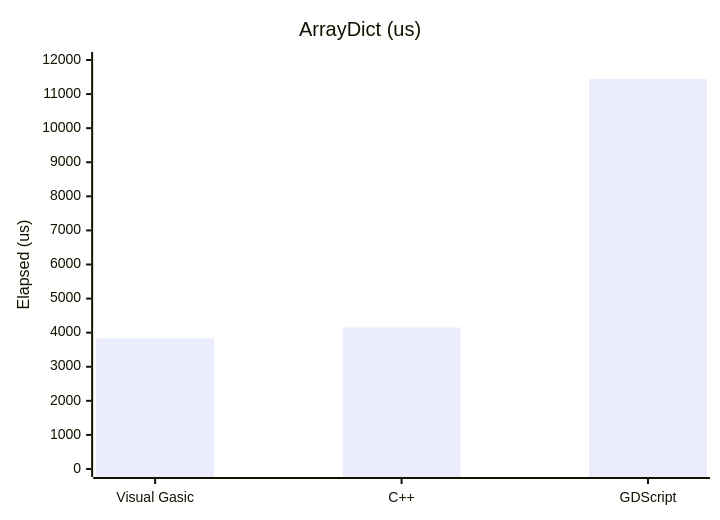
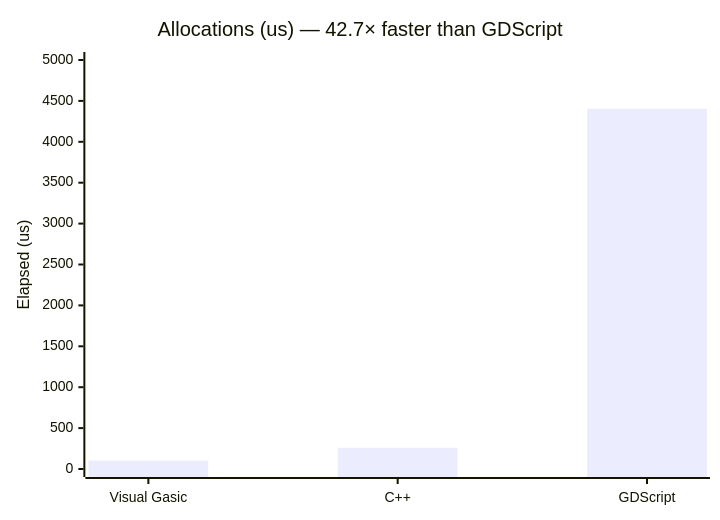
One commit to xgreenrx-star/VisualGasic changed the sixth of 11 diagrams in docs/manual/performance.md. Above: the diagram before and after it, drawn with Mermaid. The commit also changed other lines of this file and 50 other files, not shown here.

````diff
--- a/docs/manual/performance.md
+++ b/docs/manual/performance.md
@@ -131,7 +181,7 @@
 ```mermaid
 xychart-beta
-    title "ArrayDict (us)"
+    title "Allocations (us) — 42.7× faster than GDScript"
     x-axis ["Visual Gasic","C++","GDScript"]
-    y-axis "Elapsed (us)" 0 --> 12000
-    bar [3834,4155,11441]
+    y-axis "Elapsed (us)" 0 --> 5000
+    bar [103,259,4403]
 ```
````
